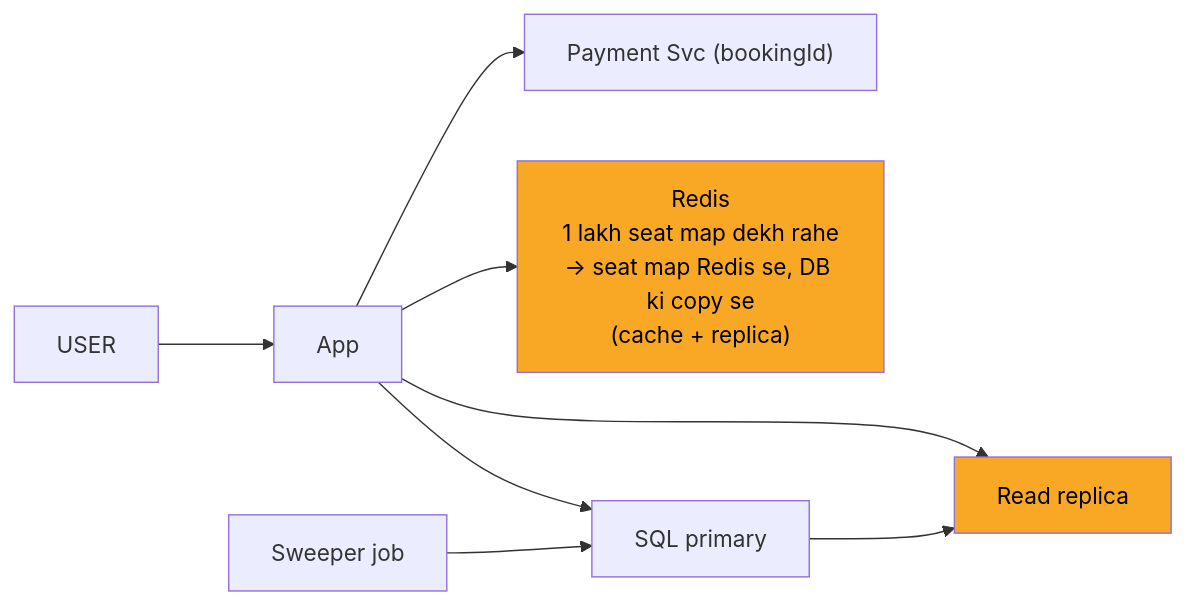
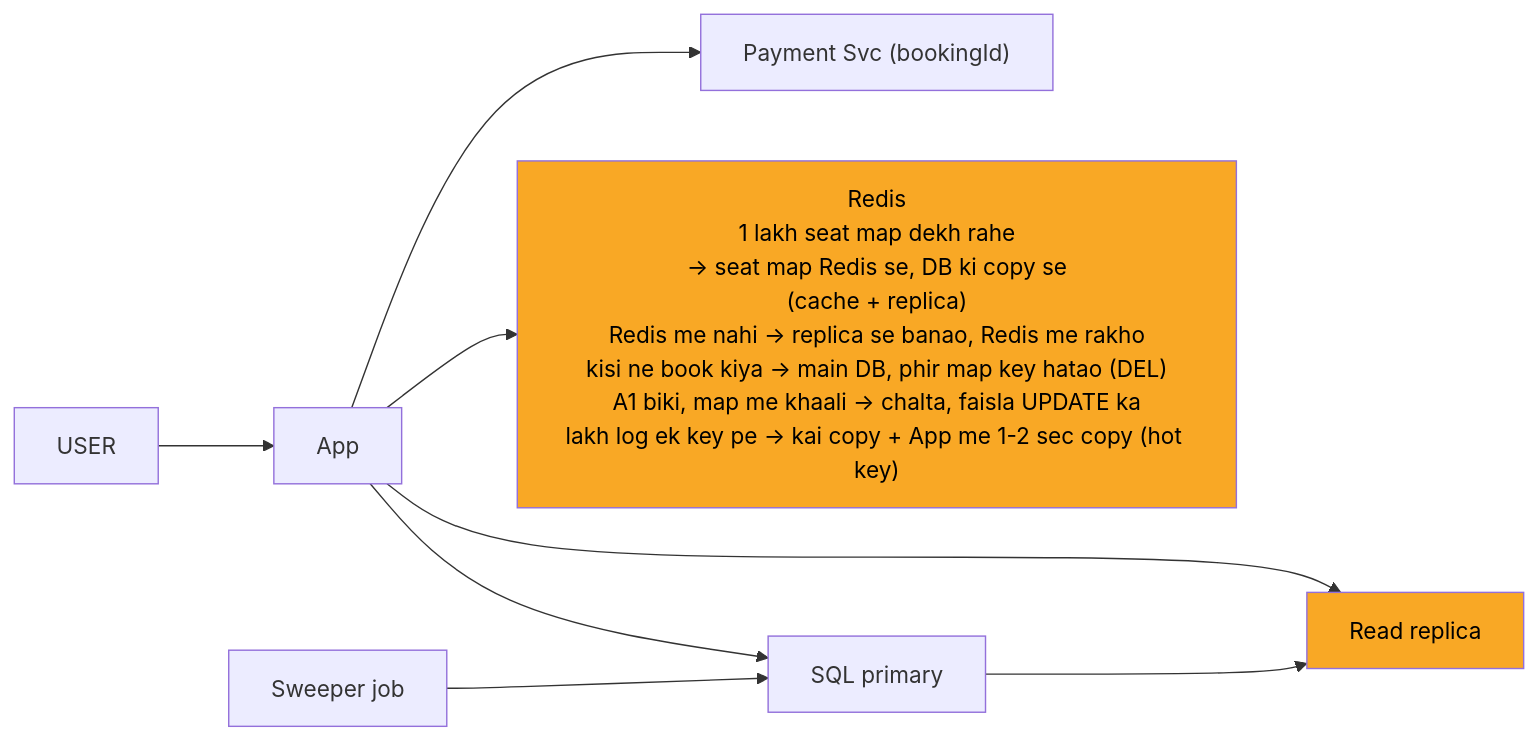
The fifth of 9 diagrams in 04_HLD/SYSTEM_DESIGNS/09_bookmyshow/09_bookmyshow_INTERVIEW.md (ArpanMaheshwari144/Prep), drawn with Mermaid before and after one commit. The commit also changed other lines of this file and 12 other files, not shown here.

Commit message:
hld 02-14: peele dabbe me SAFAR ke mod + diagram chauda (wrappingWidth 450)

````diff
--- a/04_HLD/SYSTEM_DESIGNS/09_bookmyshow/09_bookmyshow_INTERVIEW.md
+++ b/04_HLD/SYSTEM_DESIGNS/09_bookmyshow/09_bookmyshow_INTERVIEW.md
@@ -184,19 +188,20 @@
 ```mermaid
+%%{init: {"flowchart": {"wrappingWidth": 450}}}%%
 flowchart LR
     n_USER["USER"]
     n_App["App"]
     n_Payment_Svc["Payment Svc (bookingId)"]
-    n_Redis["Redis<br/>1 lakh seat map dekh rahe<br/>-> seat map Redis se, DB ki copy se<br/>(cache + replica)"]
+    n_Redis["Redis<br/>1 lakh seat map dekh rahe<br/>-> seat map Redis se, DB ki copy se<br/>(cache + replica)<br/>Redis me nahi -> replica se banao, Redis me rakho<br/>kisi ne book kiya -> main DB, phir map key hatao (DEL)<br/>A1 biki, map me khaali -> chalta, faisla UPDATE ka<br/>lakh log ek key pe -> kai copy + App me 1-2 sec copy (hot key)"]
     n_Read_replica["Read replica"]
     n_SQL_primary["SQL primary"]
     n_Sweeper_job["Sweeper job"]
     n_USER --> n_App
     n_App --> n_Payment_Svc
     n_App --> n_Redis
     n_App --> n_Read_replica
     n_App --> n_SQL_primary
     n_Sweeper_job --> n_SQL_primary
     n_SQL_primary --> n_Read_replica
     style n_Redis fill:#f9a825,color:#000
     style n_Read_replica fill:#f9a825,color:#000
 ```
````
